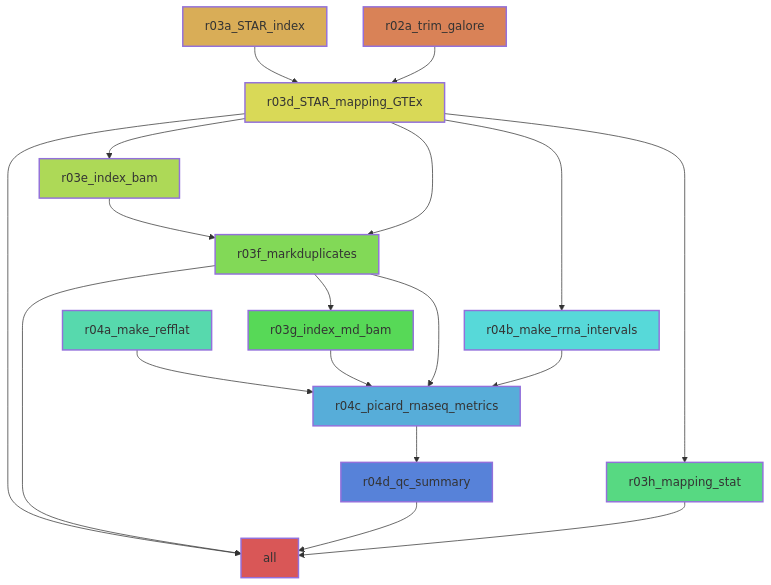
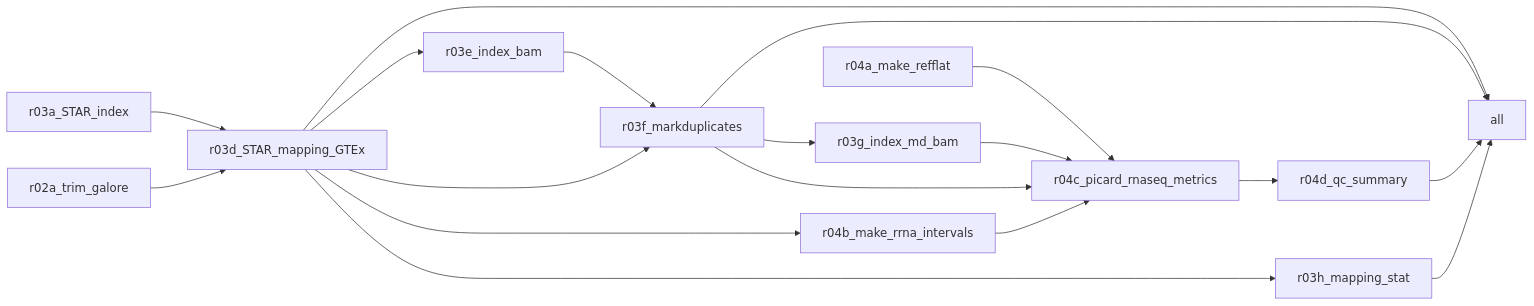
The diagram in README.md (nikolayquadrat/lpb-ex-ome-presession), drawn with Mermaid before and after one commit.

````diff
--- a/README.md
+++ b/README.md
@@ -107,44 +107,32 @@
 ```mermaid
-flowchart TB
+flowchart LR
 	id0[all]
 	id1[r03f_markduplicates]
 	id2[r03d_STAR_mapping_GTEx]
 	id3[r02a_trim_galore]
 	id4[r03a_STAR_index]
 	id5[r03e_index_bam]
 	id6[r03h_mapping_stat]
 	id7[r04d_qc_summary]
 	id8[r04c_picard_rnaseq_metrics]
 	id9[r03g_index_md_bam]
 	id10[r04a_make_refflat]
 	id11[r04b_make_rrna_intervals]
-	style id0 fill:#D95757,stroke-width:2px,color:#333333
-	style id1 fill:#82D957,stroke-width:2px,color:#333333
-	style id2 fill:#D9D957,stroke-width:2px,color:#333333
-	style id3 fill:#D98257,stroke-width:2px,color:#333333
-	style id4 fill:#D9AD57,stroke-width:2px,color:#333333
-	style id5 fill:#ADD957,stroke-width:2px,color:#333333
-	style id6 fill:#57D982,stroke-width:2px,color:#333333
-	style id7 fill:#5782D9,stroke-width:2px,color:#333333
-	style id8 fill:#57ADD9,stroke-width:2px,color:#333333
-	style id9 fill:#57D957,stroke-width:2px,color:#333333
-	style id10 fill:#57D9AD,stroke-width:2px,color:#333333
-	style id11 fill:#57D9D9,stroke-width:2px,color:#333333
 	id2 --> id0
 	id1 --> id0
 	id7 --> id0
 	id6 --> id0
 	id5 --> id1
 	id2 --> id1
 	id4 --> id2
 	id3 --> id2
 	id2 --> id5
 	id2 --> id6
 	id8 --> id7
 	id10 --> id8
 	id9 --> id8
 	id1 --> id8
 	id11 --> id8
 	id1 --> id9
 	id2 --> id11
 ```
````
